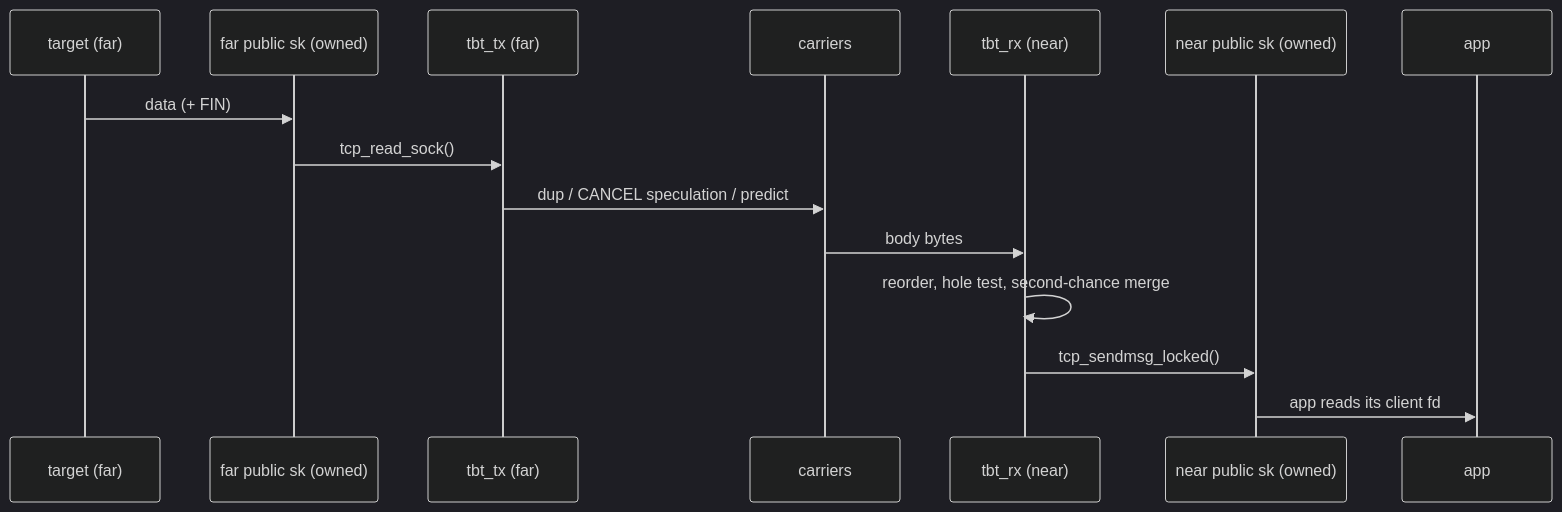
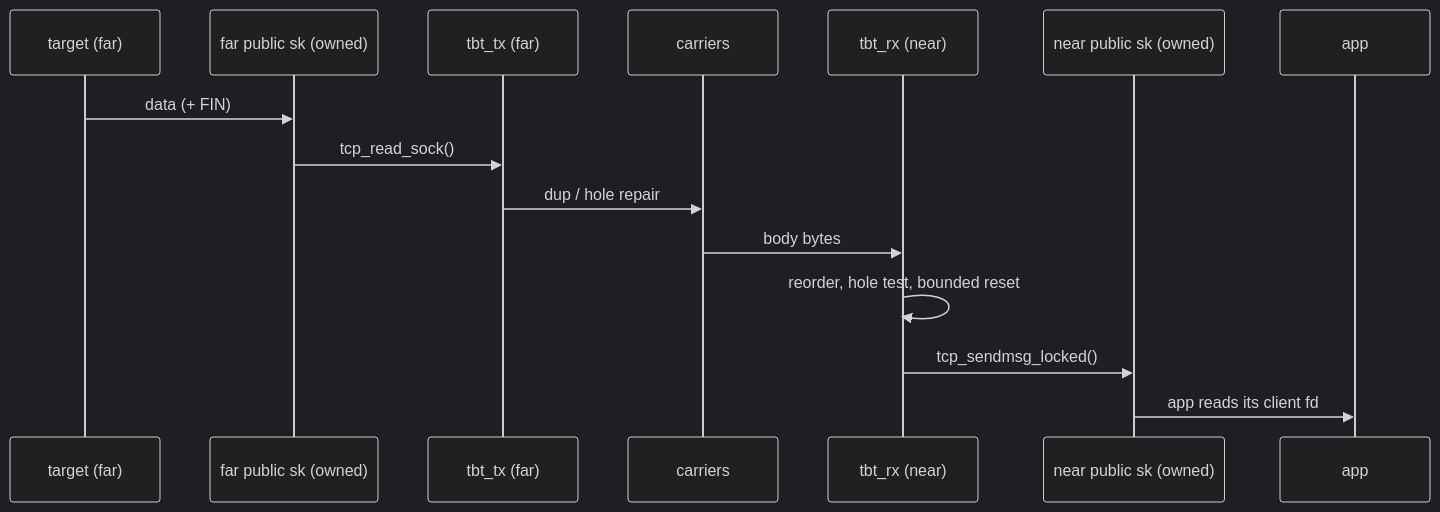
One commit to PamelaSprin47685ghall/tcp-brutal changed the second of 2 diagrams in DESIGN.md. Above: the diagram before and after it, drawn with Mermaid (dark theme). The commit also changed other lines of this file and 12 other files, not shown here.

````diff
--- a/DESIGN.md
+++ b/DESIGN.md
@@ -156,18 +157,18 @@
 ```mermaid
 sequenceDiagram
     participant T as target (far)
     participant FK as far public sk (owned)
     participant FTX as tbt_tx (far)
     participant CR as carriers
     participant NRX as tbt_rx (near)
     participant NP as near public sk (owned)
     participant A as app
 
     T->>FK: data (+ FIN)
     FK->>FTX: tcp_read_sock()
-    FTX->>CR: dup / CANCEL speculation / predict
+    FTX->>CR: dup / hole repair
     CR->>NRX: body bytes
-    NRX->>NRX: reorder, hole test, second-chance merge
+    NRX->>NRX: reorder, hole test, bounded reset
     NRX->>NP: tcp_sendmsg_locked()
     NP->>A: app reads its client fd
 ```
````
